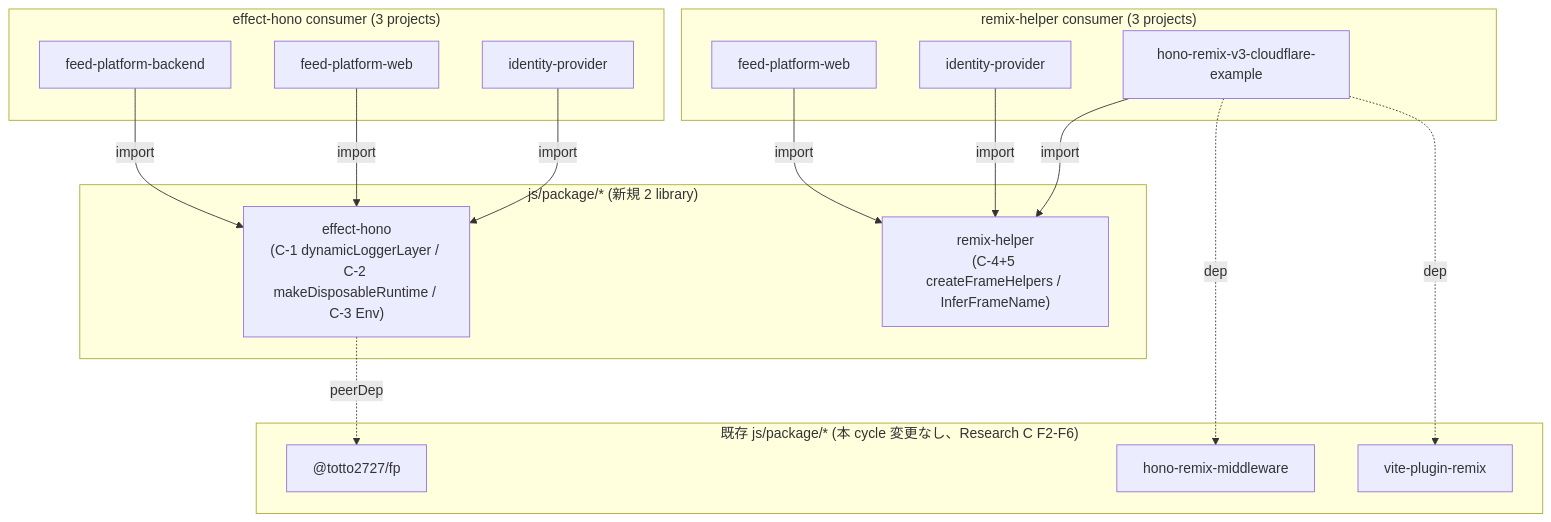
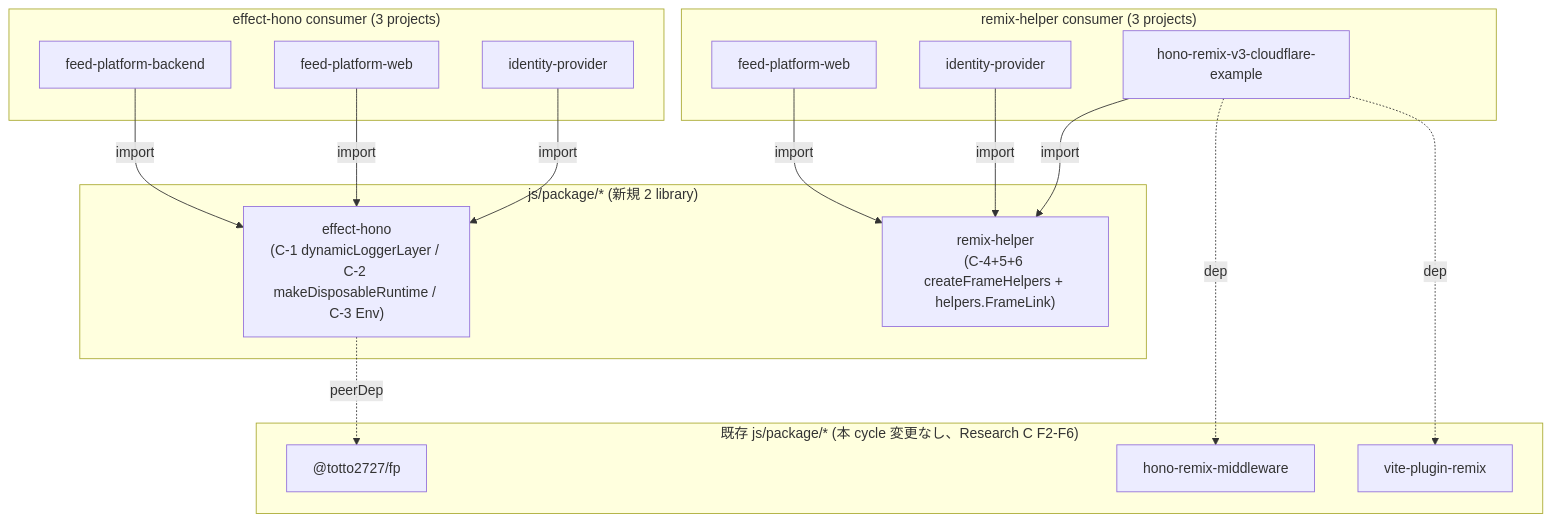
One commit to totto2727-org/monorepo changed the diagram in docs/workflow/feed-platform-ms-01-shared-libraries/design.md. Above: the diagram before and after it, drawn with Mermaid. The commit also changed other lines of this file and 2 other files, not shown here.

First line of the commit message:
docs(dev-workflow/feed-platform-ms-01-shared-libraries): switch frame name typing to direct union + add FrameLink (C-6)

````diff
--- a/docs/workflow/feed-platform-ms-01-shared-libraries/design.md
+++ b/docs/workflow/feed-platform-ms-01-shared-libraries/design.md
@@ -46,35 +46,35 @@
 ```mermaid
 graph TB
   subgraph LIB["js/package/* (新規 2 library)"]
     EH["effect-hono<br/>(C-1 dynamicLoggerLayer / C-2 makeDisposableRuntime / C-3 Env)"]
-    RH["remix-helper<br/>(C-4+5 createFrameHelpers / InferFrameName)"]
+    RH["remix-helper<br/>(C-4+5+6 createFrameHelpers + helpers.FrameLink)"]
   end
 
   subgraph CON_EFFECT["effect-hono consumer (3 projects)"]
     FPB["feed-platform-backend"]
     FPW1["feed-platform-web"]
     IDP1["identity-provider"]
   end
 
   subgraph CON_REMIX["remix-helper consumer (3 projects)"]
     FPW2["feed-platform-web"]
     IDP2["identity-provider"]
     HRX["hono-remix-v3-cloudflare-example"]
   end
 
   subgraph SHARED["既存 js/package/* (本 cycle 変更なし、Research C F2-F6)"]
     FP["@totto2727/fp"]
     HRMW["hono-remix-middleware"]
     VPR["vite-plugin-remix"]
   end
 
   FPB -->|import| EH
   FPW1 -->|import| EH
   IDP1 -->|import| EH
   FPW2 -->|import| RH
   IDP2 -->|import| RH
   HRX -->|import| RH
   EH -.peerDep.-> FP
   HRX -.dep.-> HRMW
   HRX -.dep.-> VPR
 ```
````
